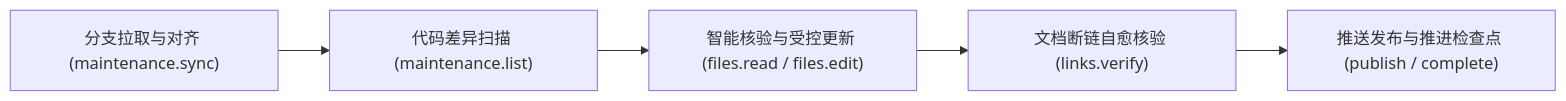
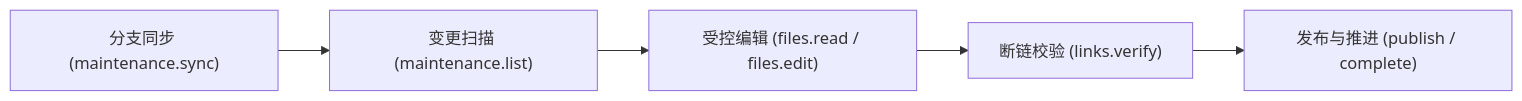
The diagram in docs/maintenance.md (fjay/actiondock-workspace), drawn with Mermaid before and after one commit. The commit also changed other lines of this file and 4 other files, not shown here.

````diff
--- a/docs/maintenance.md
+++ b/docs/maintenance.md
@@ -24,7 +19,7 @@
 ```mermaid
 flowchart LR
-    S1["分支拉取与对齐 (maintenance.sync)"] --> S2["代码差异扫描 (maintenance.list)"]
-    S2 --> S3["智能核验与受控更新 (files.read / files.edit)"]
-    S3 --> S4["文档断链自愈核验 (links.verify)"]
-    S4 --> S5["推送发布与推进检查点 (publish / complete)"]
+    S1["分支同步 (maintenance.sync)"] --> S2["变更扫描 (maintenance.list)"]
+    S2 --> S3["受控编辑 (files.read / files.edit)"]
+    S3 --> S4["断链校验 (links.verify)"]
+    S4 --> S5["发布与推进 (publish / complete)"]
 ```
````
